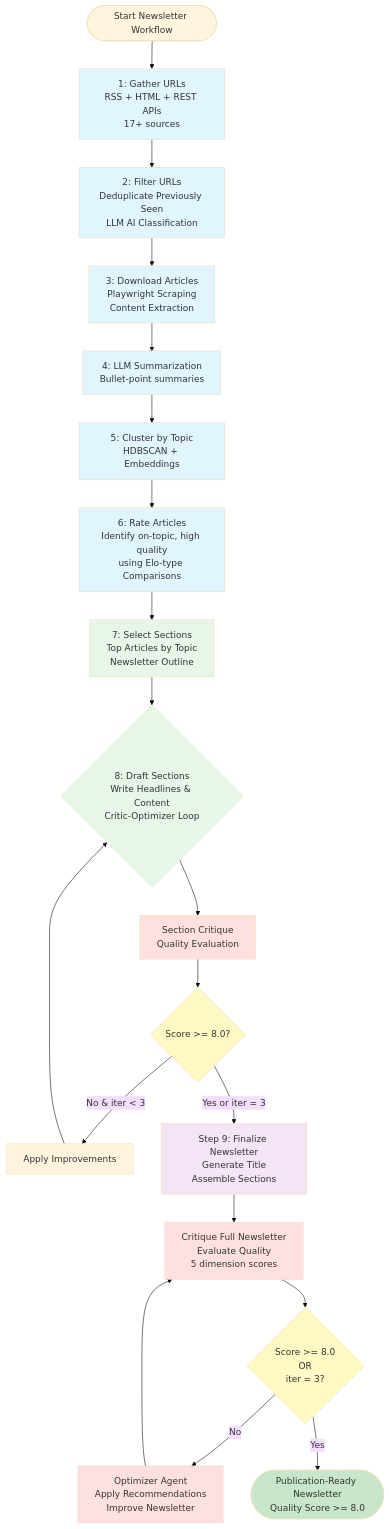
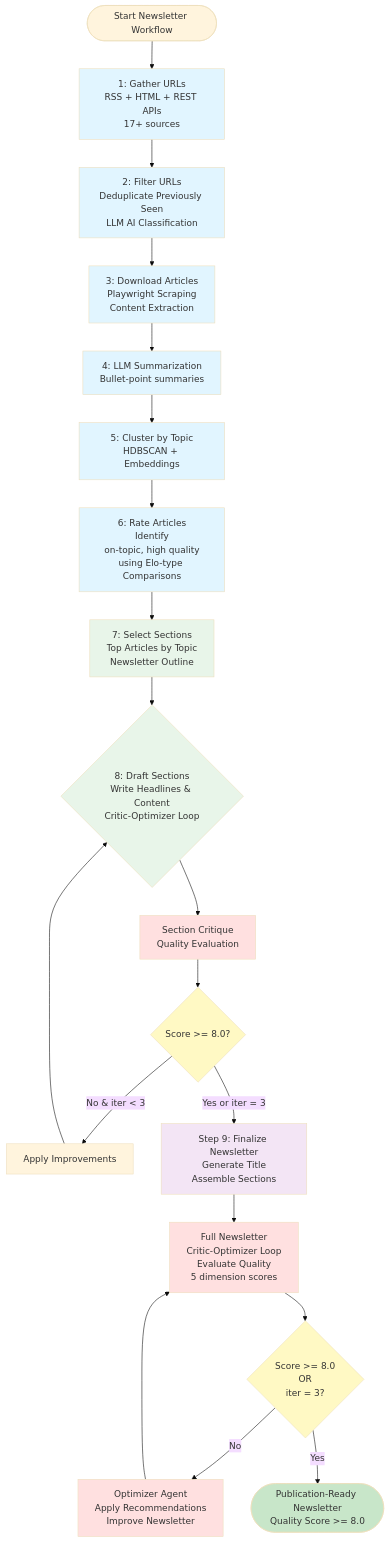
One commit to druce/OpenAIAgentsSDK changed the diagram in README.md. Above: the diagram before and after it, drawn with Mermaid (base theme).

````diff
--- a/README.md
+++ b/README.md
@@ -9,49 +9,49 @@
 ```mermaid
   flowchart TD
       Start([Start Newsletter Workflow]) --> Step1[1: Gather URLs<br/>RSS + HTML + REST APIs<br/>17+ sources]
 
       Step1 --> Step2[2: Filter URLs<br/>Deduplicate Previously Seen<br/>LLM AI Classification<br/>]
 
       Step2 --> Step3[3: Download Articles<br/>Playwright Scraping<br/>Content Extraction]
 
       Step3 --> Step4[4: LLM Summarization<br/>Bullet-point summaries]
 
       Step4 --> Step5[5: Cluster by Topic<br/>HDBSCAN + Embeddings]
 
-      Step5 --> Step6[6: Rate Articles<br/>Identify on-topic, high quality<br/>using Elo-type Comparisons]
+      Step5 --> Step6[6: Rate Articles<br/>Identify<br/>on-topic, high quality<br/>using Elo-type Comparisons]
 
       Step6 --> Step7[7: Select Sections<br/>Top Articles by Topic<br/>Newsletter Outline]
 
       Step7 --> Step8{8: Draft Sections<br/>Write Headlines & Content<br/>Critic-Optimizer Loop}
 
       Step8 --> Critique8[Section Critique<br/>Quality Evaluation]
       Critique8 --> Check8{Score >= 8.0?}
       Check8 -->|No & iter < 3| Improve8[Apply Improvements]
       Improve8 --> Step8
       Check8 -->|Yes or iter = 3| Step9[Step 9: Finalize Newsletter<br/>Generate Title<br/>Assemble Sections]
 
-      Step9 --> Critique9[Critique Full Newsletter<br/>Evaluate Quality<br/>5 dimension scores]
+      Step9 --> Critique9[Full Newsletter<br/>Critic-Optimizer Loop<br/>Evaluate Quality<br/>5 dimension scores]
 
       Critique9 --> Check9{Score >= 8.0<br/>OR<br/>iter = 3?}
 
       Check9 -->|No| Optimizer[Optimizer Agent<br/>Apply Recommendations<br/>Improve Newsletter]
       Optimizer --> Critique9
 
       Check9 -->|Yes| Final([Publication-Ready Newsletter<br/>Quality Score >= 8.0])
 
       style Step1 fill:#e1f5ff
       style Step2 fill:#e1f5ff
       style Step3 fill:#e1f5ff
       style Step4 fill:#e1f5ff
       style Step5 fill:#e1f5ff
       style Step6 fill:#e1f5ff
       style Step7 fill:#e8f5e9
       style Step8 fill:#e8f5e9
       style Step9 fill:#f3e5f5
       style Critique8 fill:#ffe0e0
       style Critique9 fill:#ffe0e0
       style Optimizer fill:#ffe0e0
       style Check8 fill:#fff9c4
       style Check9 fill:#fff9c4
       style Final fill:#c8e6c9
   ```
````
